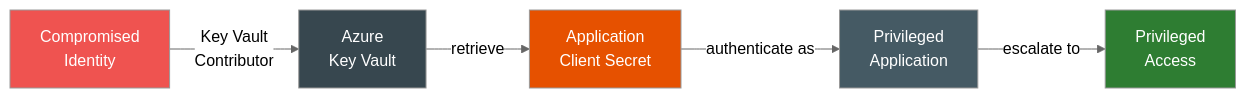
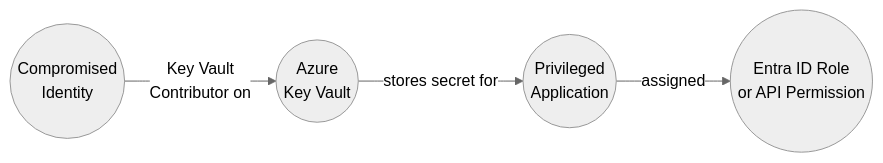
The first of 3 diagrams in docs/attack-paths/keyvault-secret-theft.md (mvelazc0/BadZure), drawn with Mermaid (neutral theme) before and after one commit. The commit also changed other lines of this file and 5 other files, not shown here.

Commit message:
improving documentation graphs

````diff
--- a/docs/attack-paths/keyvault-secret-theft.md
+++ b/docs/attack-paths/keyvault-secret-theft.md
@@ -9,13 +9,6 @@
 ``` mermaid
 graph LR
-    A["Compromised<br/>Identity"] -->|"Key Vault<br/>Contributor"| B["Azure<br/>Key Vault"]
-    B -->|"retrieve"| C["Application<br/>Client Secret"]
-    C -->|"authenticate as"| D["Privileged<br/>Application"]
-    D -->|"escalate to"| E["Privileged<br/>Access"]
-
-    style A fill:#ef5350,color:#fff
-    style B fill:#37474f,color:#fff
-    style C fill:#e65100,color:#fff
-    style D fill:#455a64,color:#fff
-    style E fill:#2e7d32,color:#fff
+    ID(("Compromised<br/>Identity")) -->|"Key Vault<br/>Contributor on"| KV(("Azure<br/>Key Vault"))
+    KV -->|"stores secret for"| APP(("Privileged<br/>Application"))
+    APP -->|"assigned"| PRIV(("Entra ID Role<br/>or API Permission"))
 ```
````
